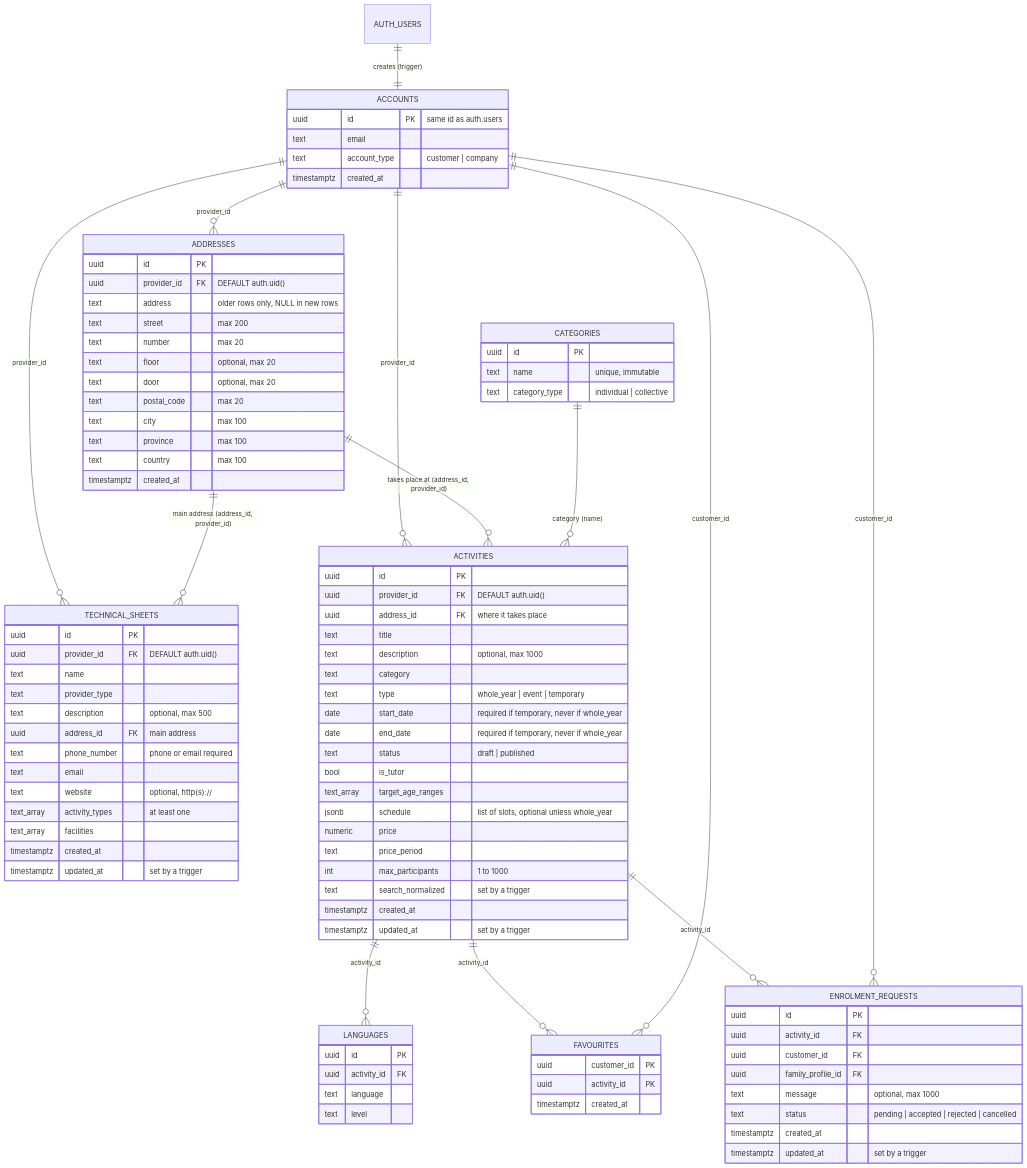
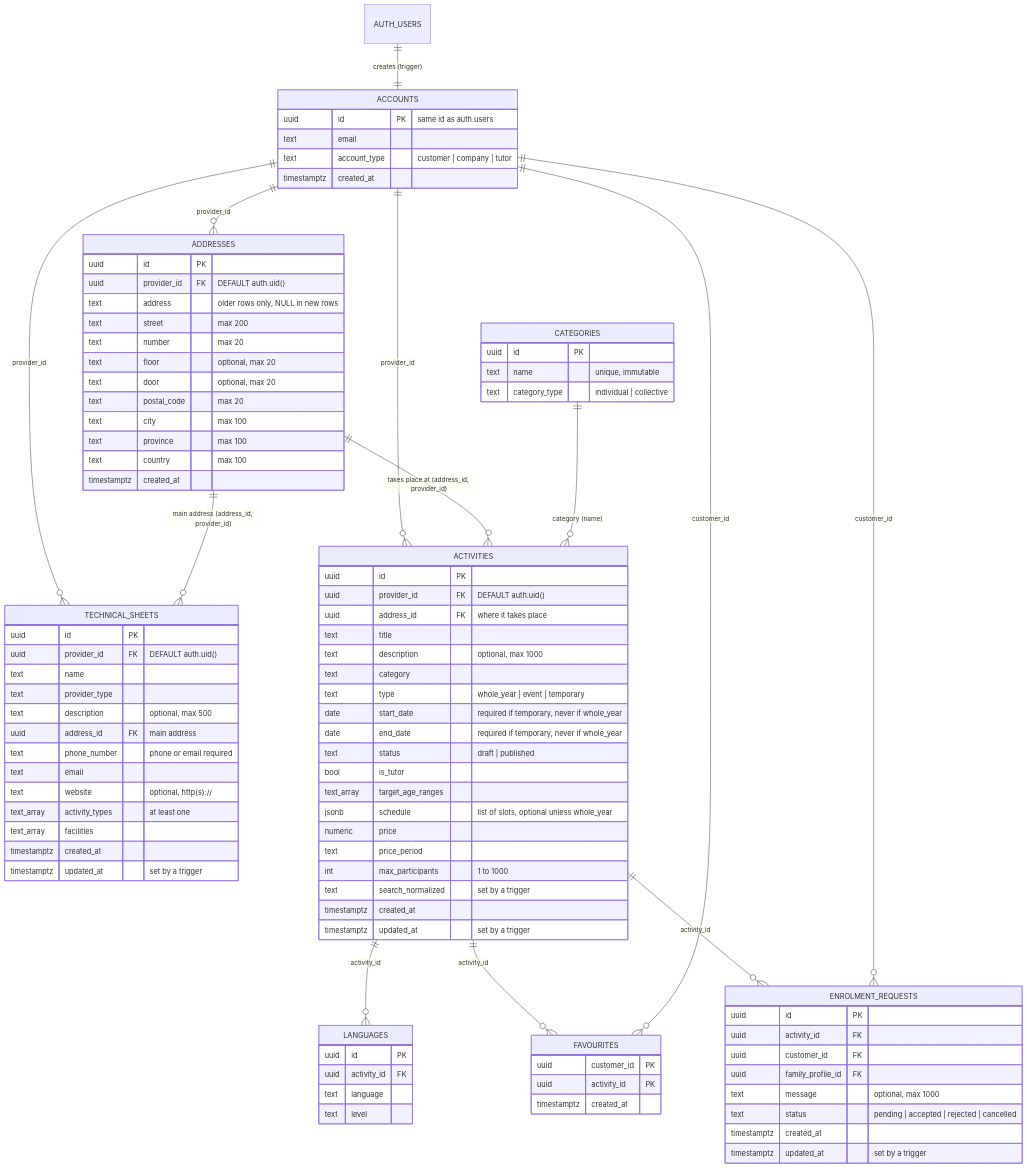
Before and after one commit to ednasolans/AfterBell: the first of 2 diagrams in docs/decisions/database.md, drawn with Mermaid. The commit also changed other lines of this file and 1 other file, not shown here.

Commit message:
docs: document tutor registration and profile

```diff
--- a/docs/decisions/database.md
+++ b/docs/decisions/database.md
@@ -40,7 +40,7 @@
     ACCOUNTS {
         uuid id PK "same id as auth.users"
         text email
-        text account_type "customer | company"
+        text account_type "customer | company | tutor"
         timestamptz created_at
     }
     TECHNICAL_SHEETS {
```
